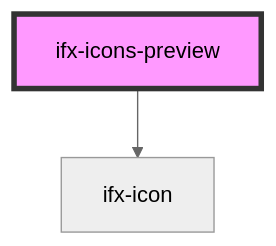
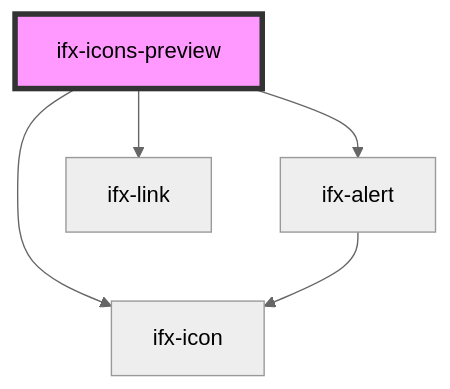
The diagram in packages/components/src/components/icons-preview/readme.md (Infineon/infineon-design-system-stencil), drawn with Mermaid (neutral theme) before and after one commit. The commit also changed other lines of this file and 4 other files, not shown here.

Commit message:
added alert inside icon-preview

````diff
--- a/packages/components/src/components/icons-preview/readme.md
+++ b/packages/components/src/components/icons-preview/readme.md
@@ -15,5 +17,8 @@
 ```mermaid
 graph TD;
+  ifx-icons-preview --> ifx-alert
+  ifx-icons-preview --> ifx-link
   ifx-icons-preview --> ifx-icon
+  ifx-alert --> ifx-icon
   style ifx-icons-preview fill:#f9f,stroke:#333,stroke-width:4px
 ```
````
